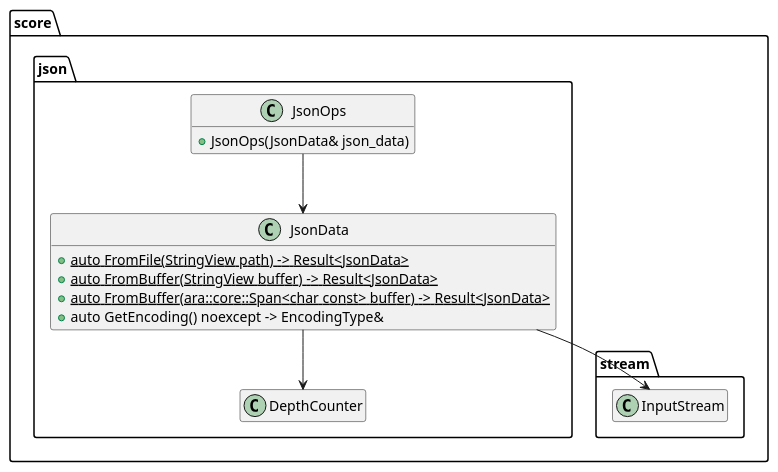
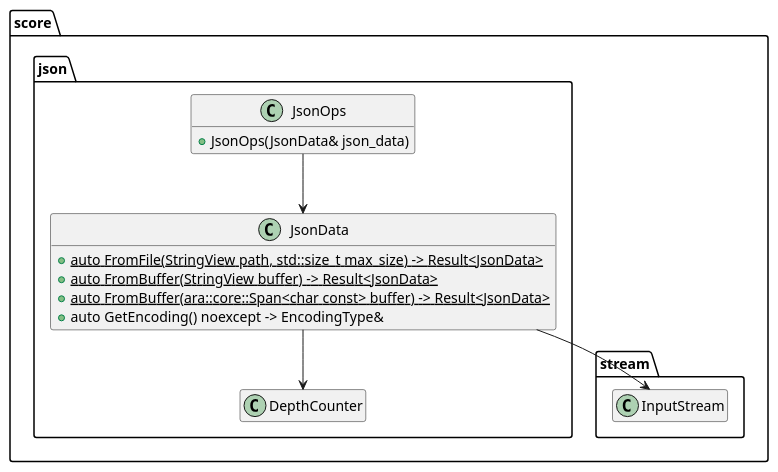
One commit to eclipse-score/baselibs changed the second of 3 diagrams in score/json/docs/vajson/detailed_design/logical/Reader.rst. Above: the diagram before and after it, drawn with PlantUML. The commit also changed 7 other files, not shown here.

```diff
--- a/score/json/docs/vajson/detailed_design/logical/Reader.rst
+++ b/score/json/docs/vajson/detailed_design/logical/Reader.rst
@@ -131,31 +131,31 @@
 .. uml::
 
     @startuml
     hide empty members
 
     package "score" {
       package stream {
         class InputStream {}
       }
       package "json" {
         class JsonOps {
           + JsonOps(JsonData& json_data)
         }
 
         class JsonData {
-          + {static} auto FromFile(StringView path) -> Result<JsonData>
+          + {static} auto FromFile(StringView path, std::size_t max_size) -> Result<JsonData>
           + {static} auto FromBuffer(StringView buffer) -> Result<JsonData>
           + {static} auto FromBuffer(ara::core::Span<char const> buffer) -> Result<JsonData>
           + auto GetEncoding() noexcept -> EncodingType&
         }
 
         class DepthCounter {}
       }
     }
 
     JsonOps --> JsonData
 
     JsonData --> InputStream
     JsonData --> DepthCounter
 
     @enduml
```
